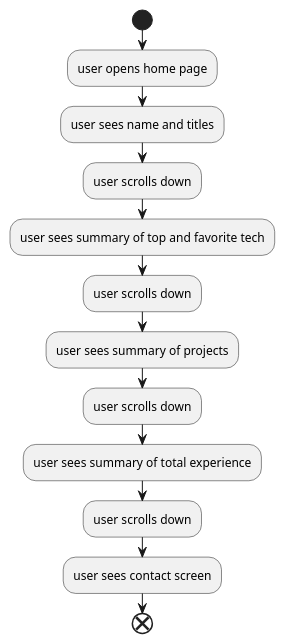
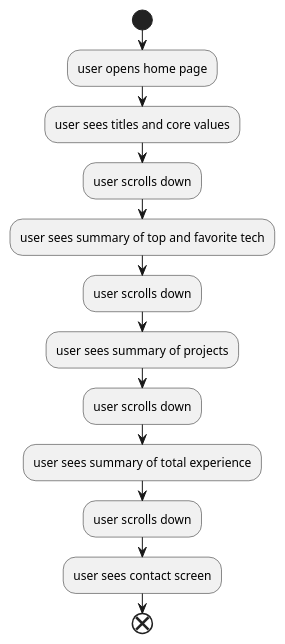
One commit to rafaeltab/portfolio changed the diagram in designs/ux/overview.md. Above: the diagram before and after it, drawn with PlantUML. The commit also changed other lines of this file and 5 other files, not shown here.

````diff
--- a/designs/ux/overview.md
+++ b/designs/ux/overview.md
@@ -8,18 +34,18 @@
 ```plantuml
 @startuml
 
 start
 :user opens home page;
-:user sees name and titles;
+:user sees titles and core values;
 :user scrolls down;
 :user sees summary of top and favorite tech;
 :user scrolls down;
 :user sees summary of projects;
 :user scrolls down;
 :user sees summary of total experience;
 :user scrolls down;
 :user sees contact screen;
 end
 
 @enduml
 ```
````
